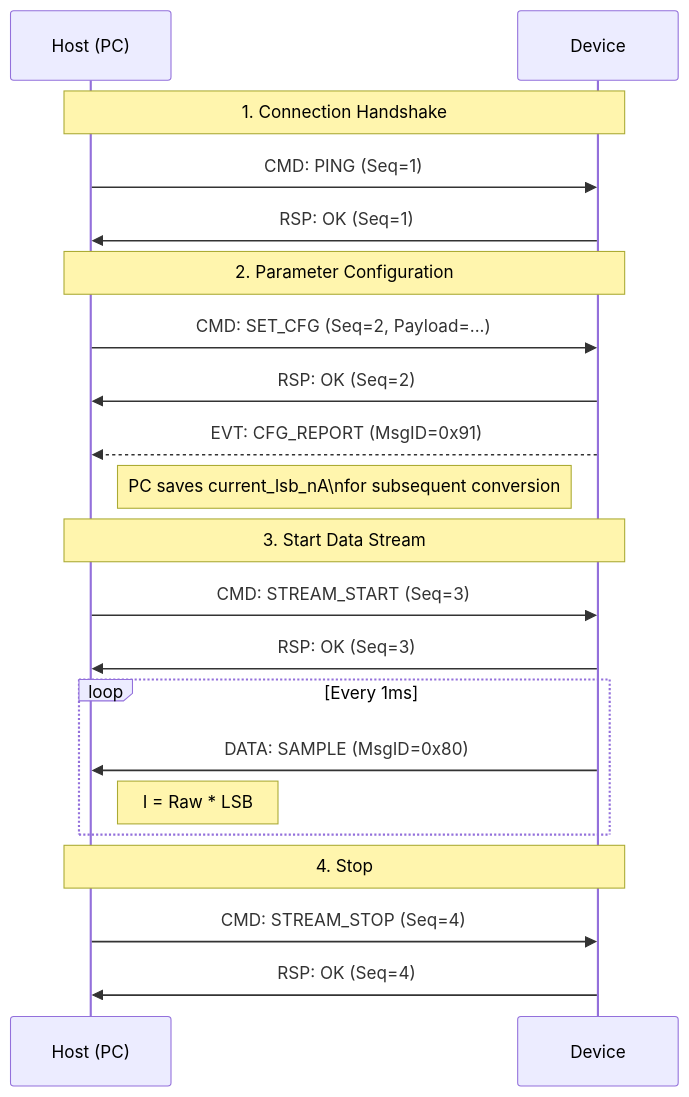
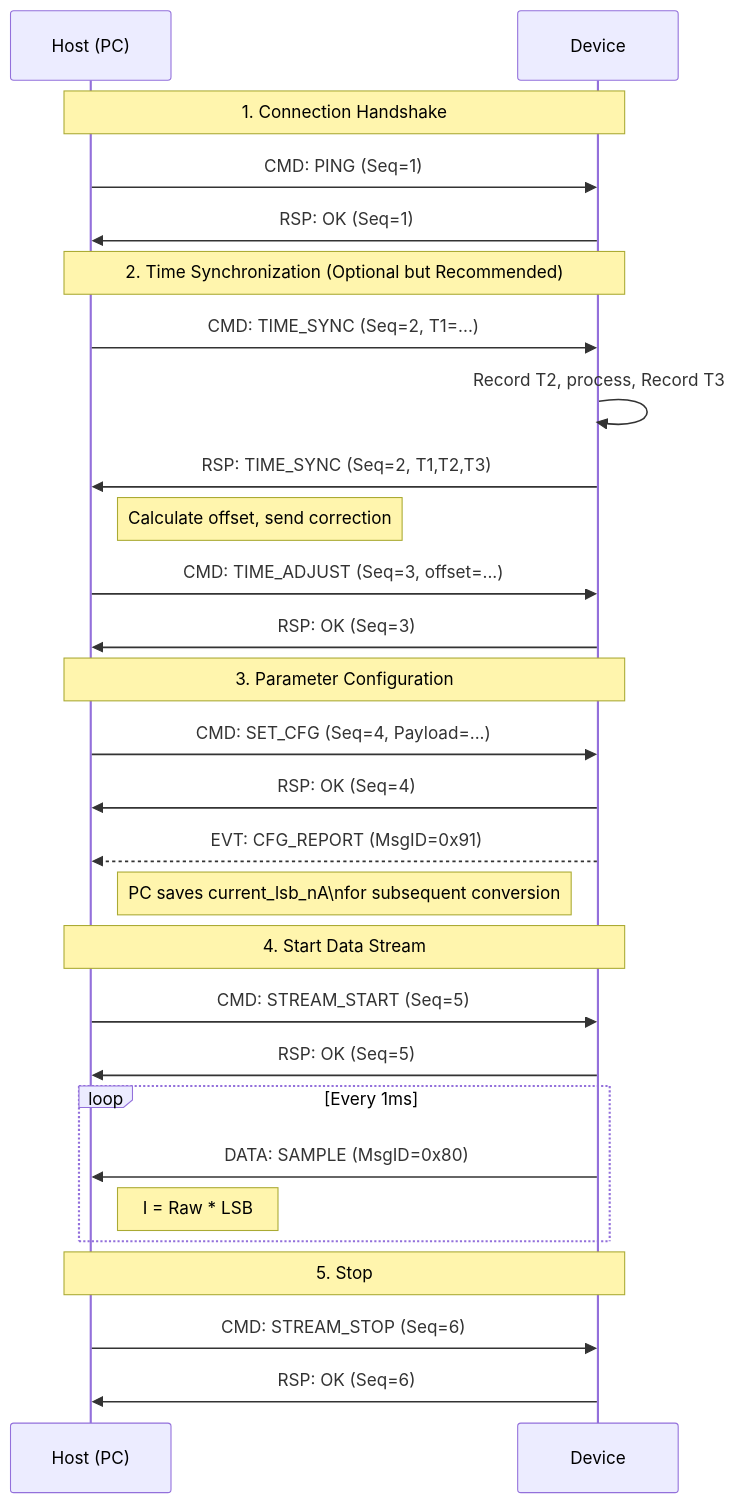
Before and after one commit to bugparty/powermonitor: the second of 3 diagrams in docs/protocol/uart_protocol.md, drawn with Mermaid. The commit also changed other lines of this file and 12 other files, not shown here.

Commit message:
feat: implement time synchronization protocol with new message handling and demo application

````diff
--- a/docs/protocol/uart_protocol.md
+++ b/docs/protocol/uart_protocol.md
@@ -475,28 +625,36 @@
 ```mermaid
 sequenceDiagram
     participant PC as Host (PC)
     participant Dev as Device
     
     Note over PC, Dev: 1. Connection Handshake
     PC->>Dev: CMD: PING (Seq=1)
     Dev->>PC: RSP: OK (Seq=1)
 
-    Note over PC, Dev: 2. Parameter Configuration
-    PC->>Dev: CMD: SET_CFG (Seq=2, Payload=...)
-    Dev->>PC: RSP: OK (Seq=2)
+    Note over PC, Dev: 2. Time Synchronization (Optional but Recommended)
+    PC->>Dev: CMD: TIME_SYNC (Seq=2, T1=...)
+    Dev->>Dev: Record T2, process, Record T3
+    Dev->>PC: RSP: TIME_SYNC (Seq=2, T1,T2,T3)
+    Note right of PC: Calculate offset, send correction
+    PC->>Dev: CMD: TIME_ADJUST (Seq=3, offset=...)
+    Dev->>PC: RSP: OK (Seq=3)
+
+    Note over PC, Dev: 3. Parameter Configuration
+    PC->>Dev: CMD: SET_CFG (Seq=4, Payload=...)
+    Dev->>PC: RSP: OK (Seq=4)
     Dev-->>PC: EVT: CFG_REPORT (MsgID=0x91)
     Note right of PC: PC saves current_lsb_nA\nfor subsequent conversion
 
-    Note over PC, Dev: 3. Start Data Stream
-    PC->>Dev: CMD: STREAM_START (Seq=3)
-    Dev->>PC: RSP: OK (Seq=3)
+    Note over PC, Dev: 4. Start Data Stream
+    PC->>Dev: CMD: STREAM_START (Seq=5)
+    Dev->>PC: RSP: OK (Seq=5)
     
     loop Every 1ms
         Dev->>PC: DATA: SAMPLE (MsgID=0x80)
         Note right of PC: I = Raw * LSB
     end
 
-    Note over PC, Dev: 4. Stop
-    PC->>Dev: CMD: STREAM_STOP (Seq=4)
-    Dev->>PC: RSP: OK (Seq=4)
+    Note over PC, Dev: 5. Stop
+    PC->>Dev: CMD: STREAM_STOP (Seq=6)
+    Dev->>PC: RSP: OK (Seq=6)
 ```
````
